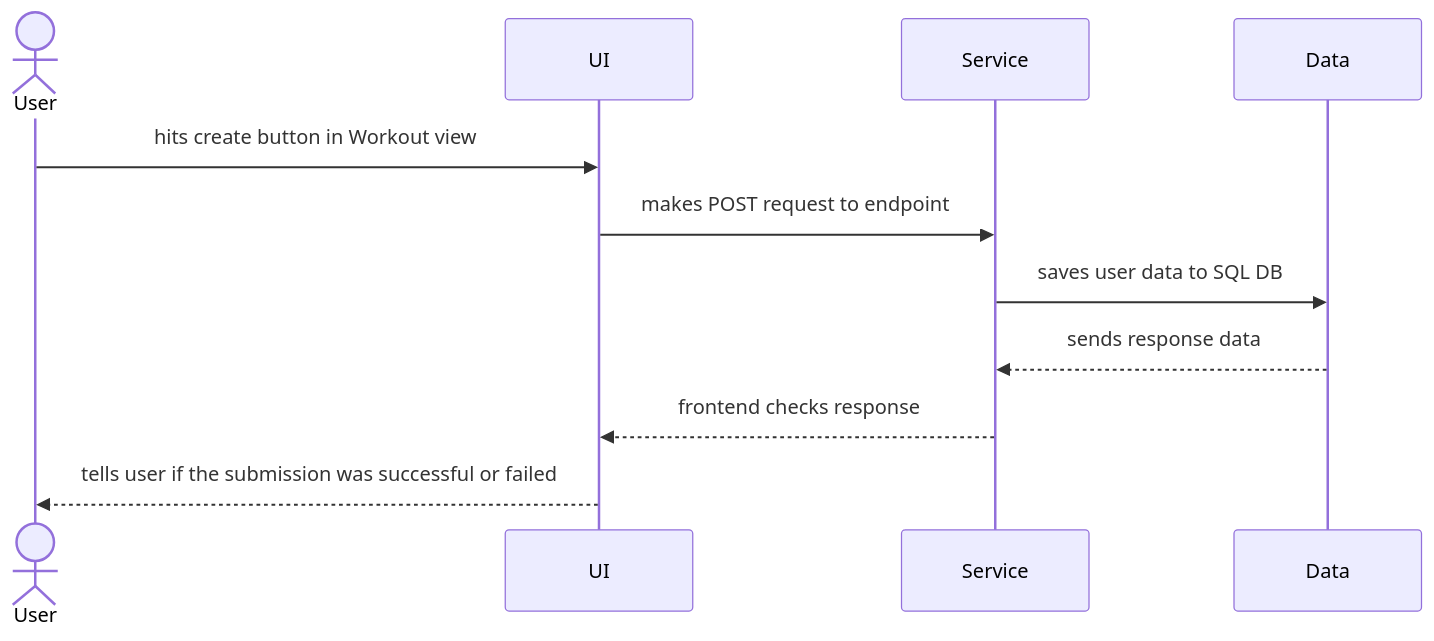
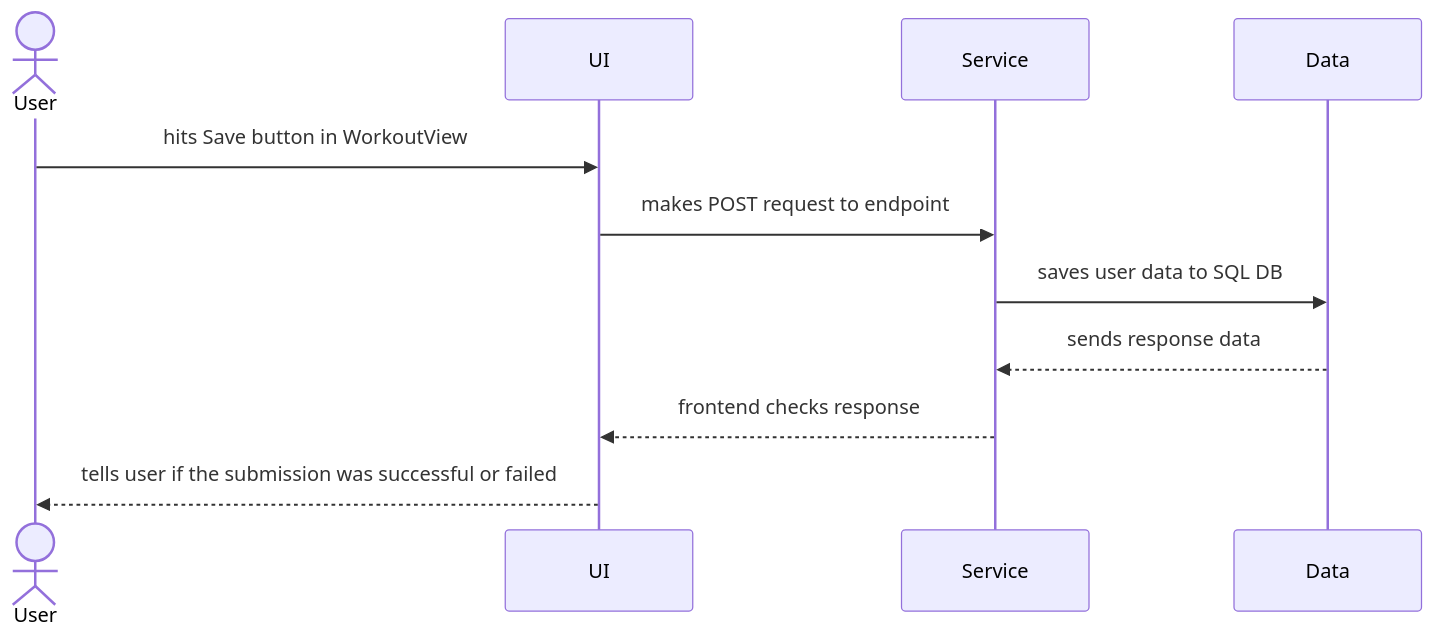
The fourth of 4 diagrams in README.md (GoldLion72/cen5064-project-lusbel), drawn with Mermaid before and after one commit. The commit also changed other lines of this file, not shown here.

````diff
--- a/README.md
+++ b/README.md
@@ -105,14 +113,14 @@
 ```mermaid
 %% Sequence diagram: ONE core use case, end to end.
 sequenceDiagram
     actor U as User
     participant UI
     participant S as Service
     participant D as Data
-    U->>UI: hits create button in Workout view
+    U->>UI: hits Save button in WorkoutView
     UI->>S: makes POST request to endpoint
     S->>D: saves user data to SQL DB
     D-->>S: sends response data
     S-->>UI: frontend checks response
     UI-->>U: tells user if the submission was successful or failed
 ```
````
